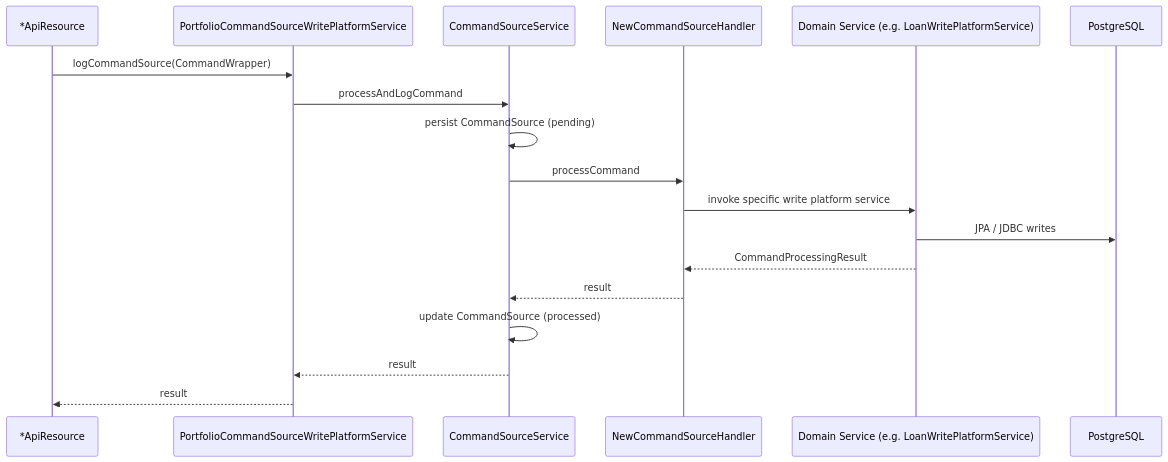
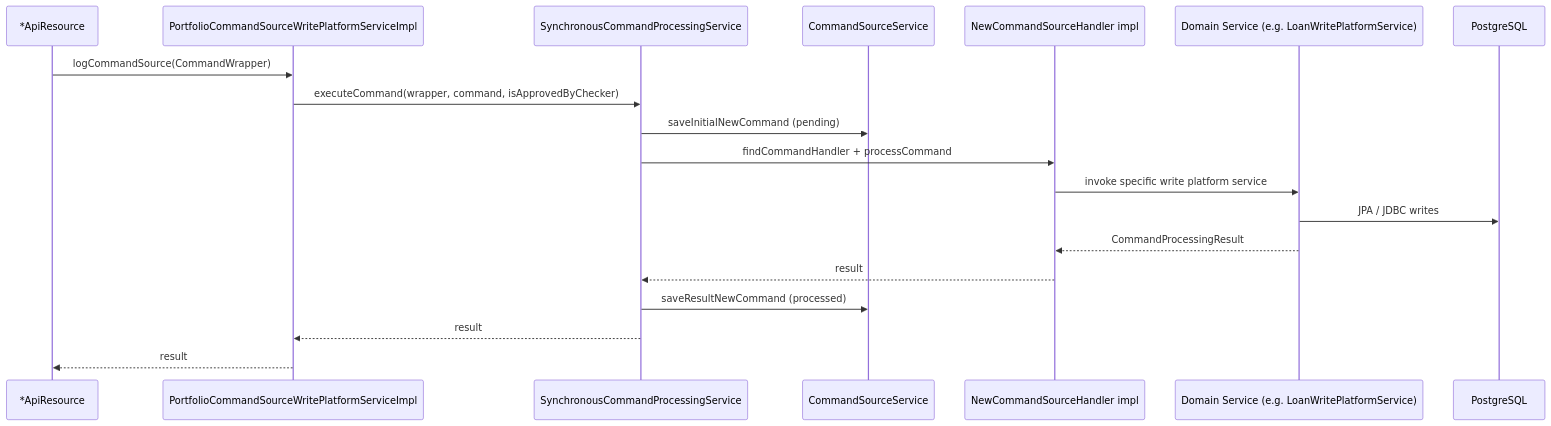
One commit to mintlify-atlas/docs-wiki-31b07890 changed the second of 7 diagrams in overview/architecture.mdx. Above: the diagram before and after it, drawn with Mermaid. The commit also changed other lines of this file and 115 other files, not shown here.

````diff
--- a/overview/architecture.mdx
+++ b/overview/architecture.mdx
@@ -153,21 +157,22 @@
 ```mermaid
 sequenceDiagram
     participant R as *ApiResource
-    participant W as PortfolioCommandSourceWritePlatformService
-    participant CS as CommandSourceService
-    participant H as NewCommandSourceHandler
+    participant W as PortfolioCommandSourceWritePlatformServiceImpl
+    participant CS as SynchronousCommandProcessingService
+    participant SS as CommandSourceService
+    participant H as NewCommandSourceHandler impl
     participant D as Domain Service (e.g. LoanWritePlatformService)
     participant DB as PostgreSQL
 
     R->>W: logCommandSource(CommandWrapper)
-    W->>CS: processAndLogCommand
-    CS->>CS: persist CommandSource (pending)
-    CS->>H: processCommand
+    W->>CS: executeCommand(wrapper, command, isApprovedByChecker)
+    CS->>SS: saveInitialNewCommand (pending)
+    CS->>H: findCommandHandler + processCommand
     H->>D: invoke specific write platform service
     D->>DB: JPA / JDBC writes
     D-->>H: CommandProcessingResult
     H-->>CS: result
-    CS->>CS: update CommandSource (processed)
+    CS->>SS: saveResultNewCommand (processed)
     CS-->>W: result
     W-->>R: result
 ```
````
